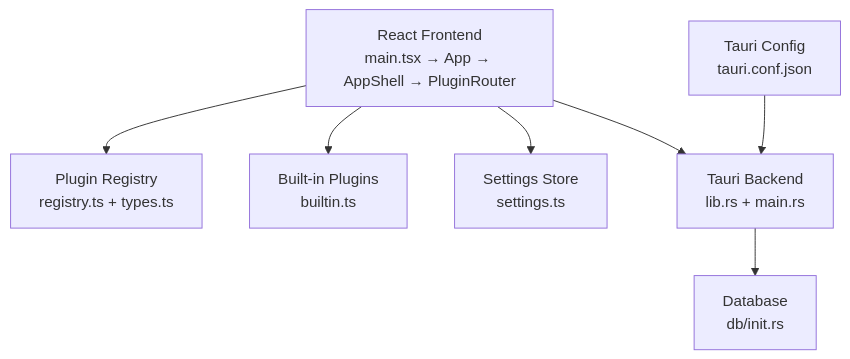
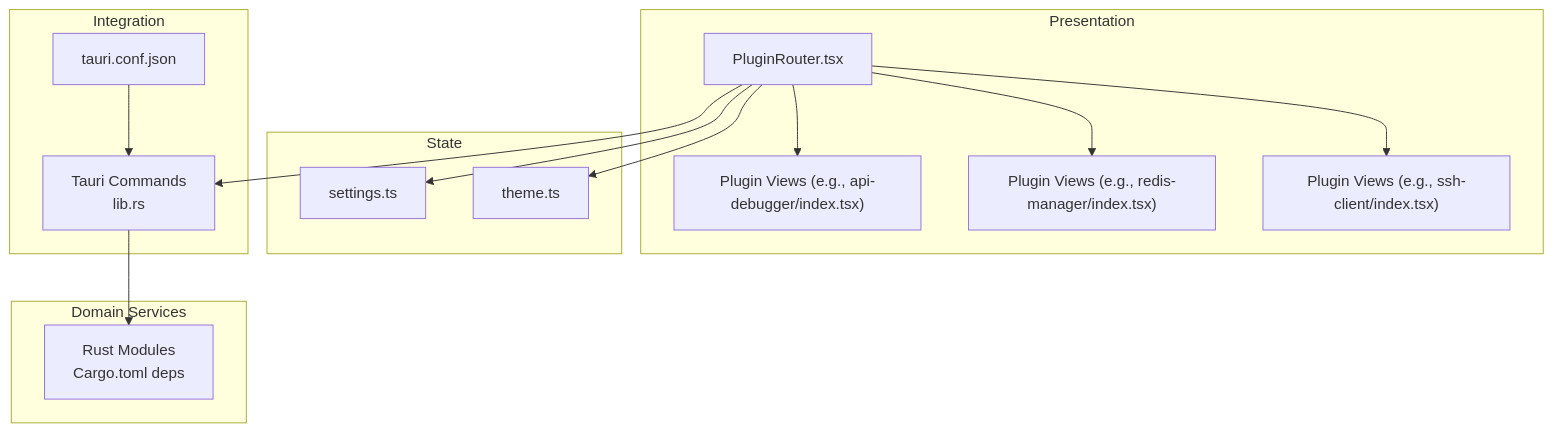
Before and after one commit to DumKing/DevNexus: the second of 8 diagrams in .qoder/repowiki/en/content/Architecture Overview/Architecture Overview.md, drawn with Mermaid. The commit also changed other lines of this file and 96 other files, not shown here.

````diff
--- a/.qoder/repowiki/en/content/Architecture Overview/Architecture Overview.md
+++ b/.qoder/repowiki/en/content/Architecture Overview/Architecture Overview.md
@@ -128,16 +123,28 @@
 ```mermaid
 graph TB
-FE["React Frontend<br/>main.tsx → App → AppShell → PluginRouter"]
-PR["Plugin Registry<br/>registry.ts + types.ts"]
-BP["Built-in Plugins<br/>builtin.ts"]
-ST["Settings Store<br/>settings.ts"]
-BE["Tauri Backend<br/>lib.rs + main.rs"]
-CFG["Tauri Config<br/>tauri.conf.json"]
-DB["Database<br/>db/init.rs"]
-FE --> PR
-FE --> ST
-FE --> BP
-FE --> BE
-CFG --> BE
-BE --> DB
+subgraph "Presentation"
+PR["PluginRouter.tsx"]
+P1["Plugin Views (e.g., api-debugger/index.tsx)"]
+P2["Plugin Views (e.g., redis-manager/index.tsx)"]
+P3["Plugin Views (e.g., ssh-client/index.tsx)"]
+end
+subgraph "State"
+ZS["settings.ts"]
+ZT["theme.ts"]
+end
+subgraph "Integration"
+TC["Tauri Commands<br/>lib.rs"]
+CFG["tauri.conf.json"]
+end
+subgraph "Domain Services"
+RS["Rust Modules<br/>Cargo.toml deps"]
+end
+PR --> P1
+PR --> P2
+PR --> P3
+PR --> ZS
+PR --> ZT
+PR --> TC
+TC --> RS
+CFG --> TC
 ```
````
